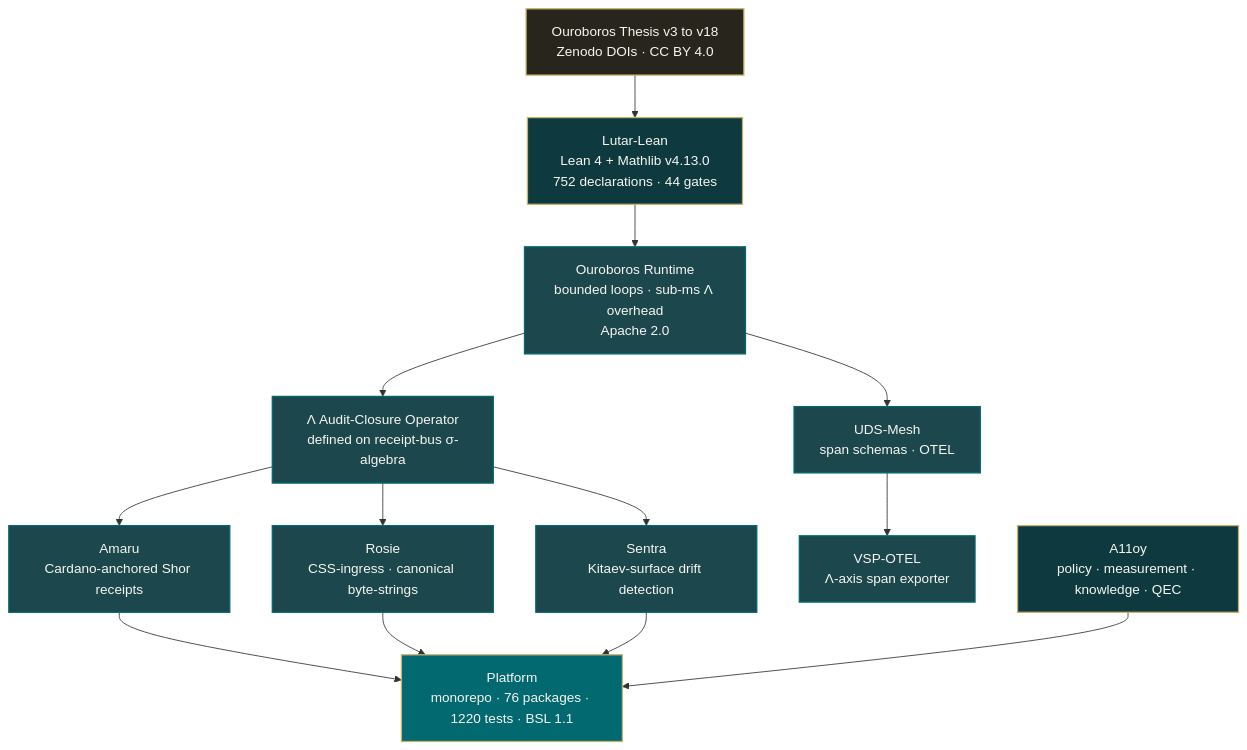
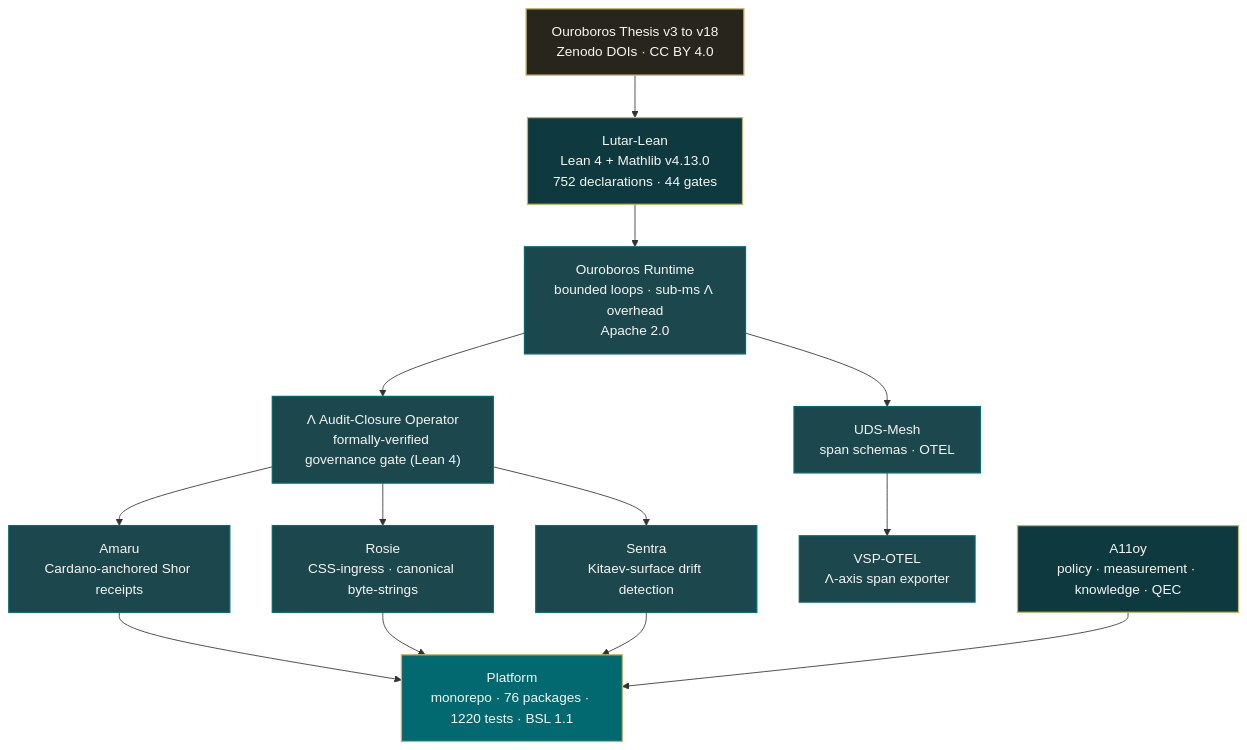
One commit to szl-holdings/.github changed the second of 2 diagrams in profile/README.md. Above: the diagram before and after it, drawn with Mermaid. The commit also changed other lines of this file, not shown here.

First line of the commit message:
chore(honesty): replace σ-algebra rhetoric with PhD-CS-approved defensible language (#115)

````diff
--- a/profile/README.md
+++ b/profile/README.md
@@ -216,30 +216,30 @@
 ```mermaid
 flowchart TD
     classDef research fill:#28251D,stroke:#C8B26A,color:#F7F6F2,stroke-width:1.5px;
     classDef runtime  fill:#1B474D,stroke:#01696F,color:#F7F6F2,stroke-width:1.5px;
     classDef sdk      fill:#0E3A3F,stroke:#C8B26A,color:#F7F6F2,stroke-width:1.5px;
     classDef platform fill:#01696F,stroke:#C8B26A,color:#F7F6F2,stroke-width:1.5px;
     classDef surface  fill:#F7F6F2,stroke:#01696F,color:#1B474D,stroke-width:1.5px;
 
     T["Ouroboros Thesis v3 to v18<br/>Zenodo DOIs · CC BY 4.0"]:::research
     K["Lutar-Lean<br/>Lean 4 + Mathlib v4.13.0<br/>752 declarations · 44 gates"]:::sdk
     R["Ouroboros Runtime<br/>bounded loops · sub-ms Λ overhead<br/>Apache 2.0"]:::runtime
-    L["Λ Audit-Closure Operator<br/>defined on receipt-bus σ-algebra"]:::runtime
+    L["Λ Audit-Closure Operator<br/>formally-verified governance gate (Lean 4)"]:::runtime
     A["Amaru<br/>Cardano-anchored Shor receipts"]:::runtime
     Ro["Rosie<br/>CSS-ingress · canonical byte-strings"]:::runtime
     S["Sentra<br/>Kitaev-surface drift detection"]:::runtime
     U["UDS-Mesh<br/>span schemas · OTEL"]:::runtime
     V["VSP-OTEL<br/>Λ-axis span exporter"]:::runtime
     All["A11oy<br/>policy · measurement · knowledge · QEC"]:::sdk
     P["Platform<br/>monorepo · 76 packages · 1220 tests · BSL 1.1"]:::platform
 
     T --> K --> R --> L
     L --> A
     L --> Ro
     L --> S
     R --> U --> V
     All --> P
     A --> P
     Ro --> P
     S --> P
 ```
````
